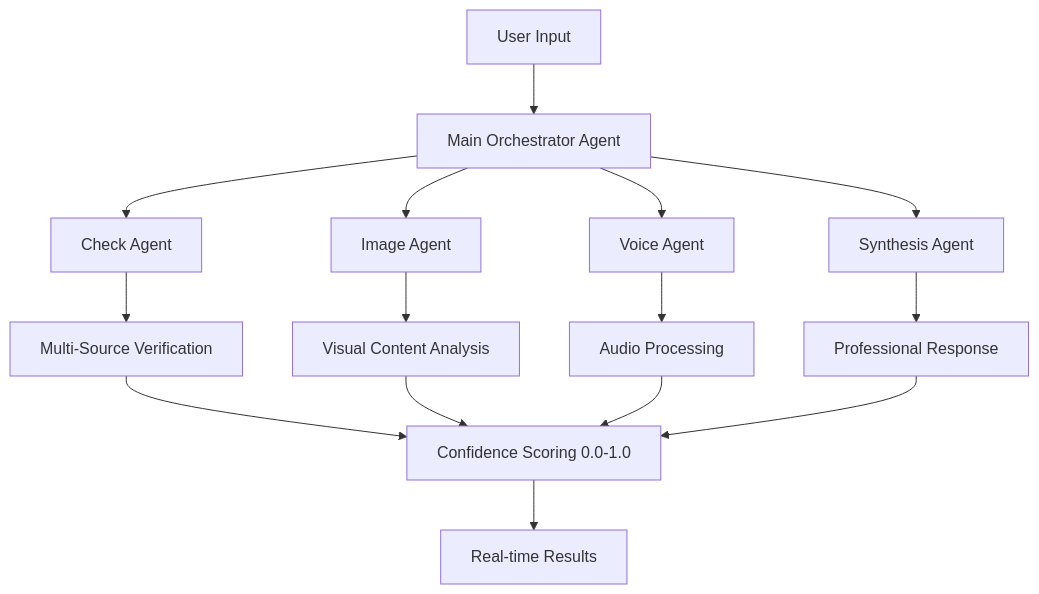
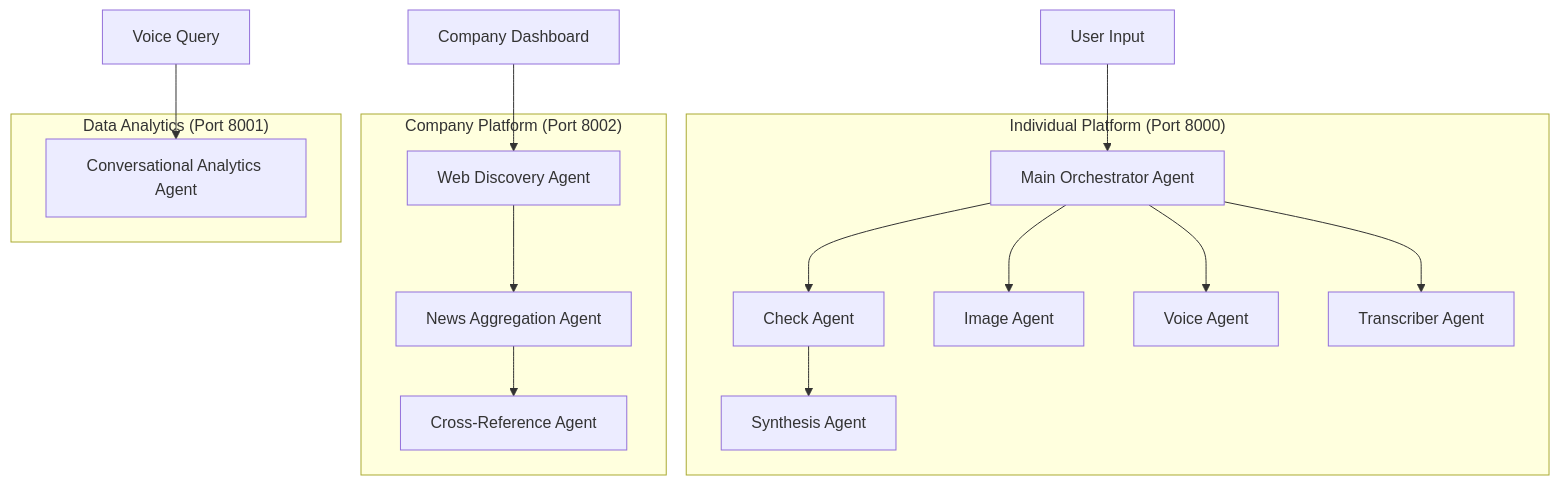
Before and after one commit to Arifcy7/Genesis: the diagram in README.md, drawn with Mermaid. The commit also changed other lines of this file, not shown here.

First line of the commit message:
Revise README for updated features and architecture

````diff
--- a/README.md
+++ b/README.md
@@ -26,20 +38,23 @@
 ```mermaid
 graph TB
-    A[User Input] --> B[Main Orchestrator Agent]
-    B --> C[Check Agent]
-    B --> D[Image Agent]
-    B --> E[Voice Agent]
-    B --> F[Synthesis Agent]
+    subgraph "Individual Platform (Port 8000)"
+        A[Main Orchestrator Agent] --> B[Check Agent]
+        A --> C[Image Agent] 
+        A --> D[Voice Agent]
+        A --> E[Transcriber Agent]
+        B --> F[Synthesis Agent]
+    end
     
-    C --> G[Multi-Source Verification]
-    D --> H[Visual Content Analysis]
-    E --> I[Audio Processing]
-    F --> J[Professional Response]
+    subgraph "Company Platform (Port 8002)"
+        G[Web Discovery Agent] --> H[News Aggregation Agent]
+        H --> I[Cross-Reference Agent]
+    end
     
-    G --> K[Confidence Scoring 0.0-1.0]
-    H --> K
-    I --> K
-    J --> K
+    subgraph "Data Analytics (Port 8001)"
+        J[Conversational Analytics Agent]
+    end
     
-    K --> L[Real-time Results]
+    K[User Input] --> A
+    L[Company Dashboard] --> G
+    M[Voice Query] --> J
 ```
````
